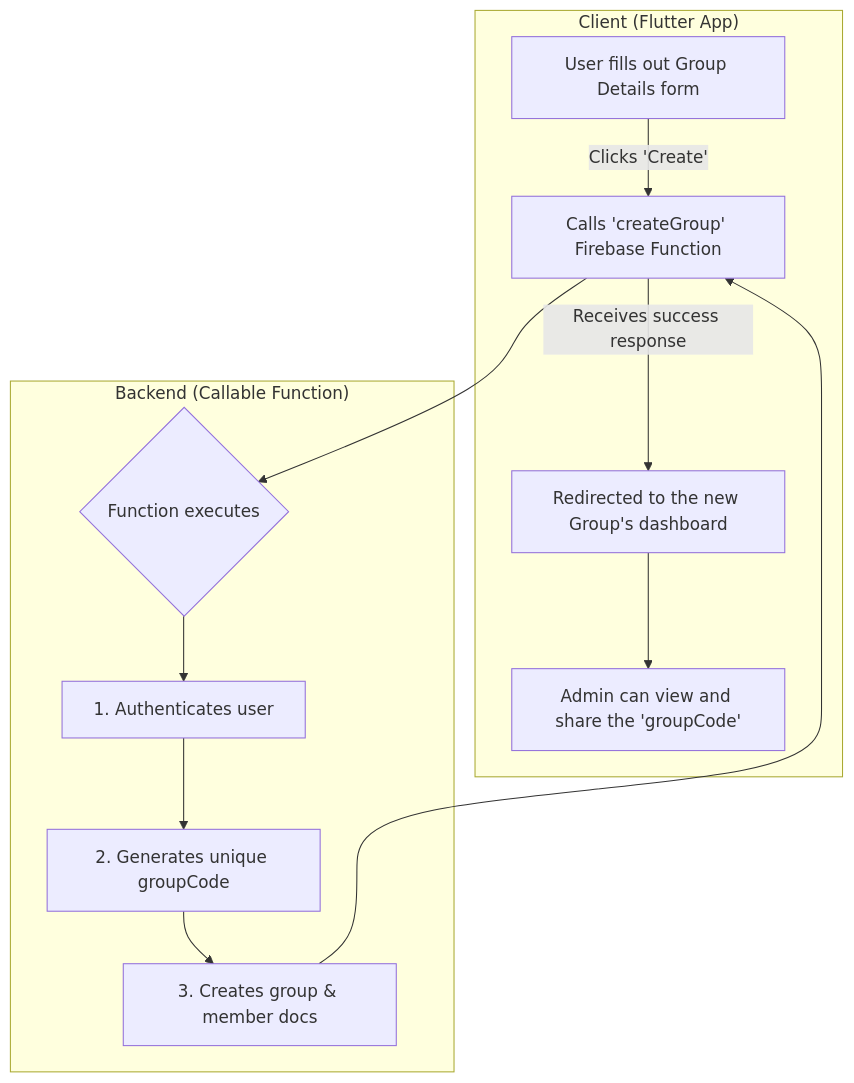
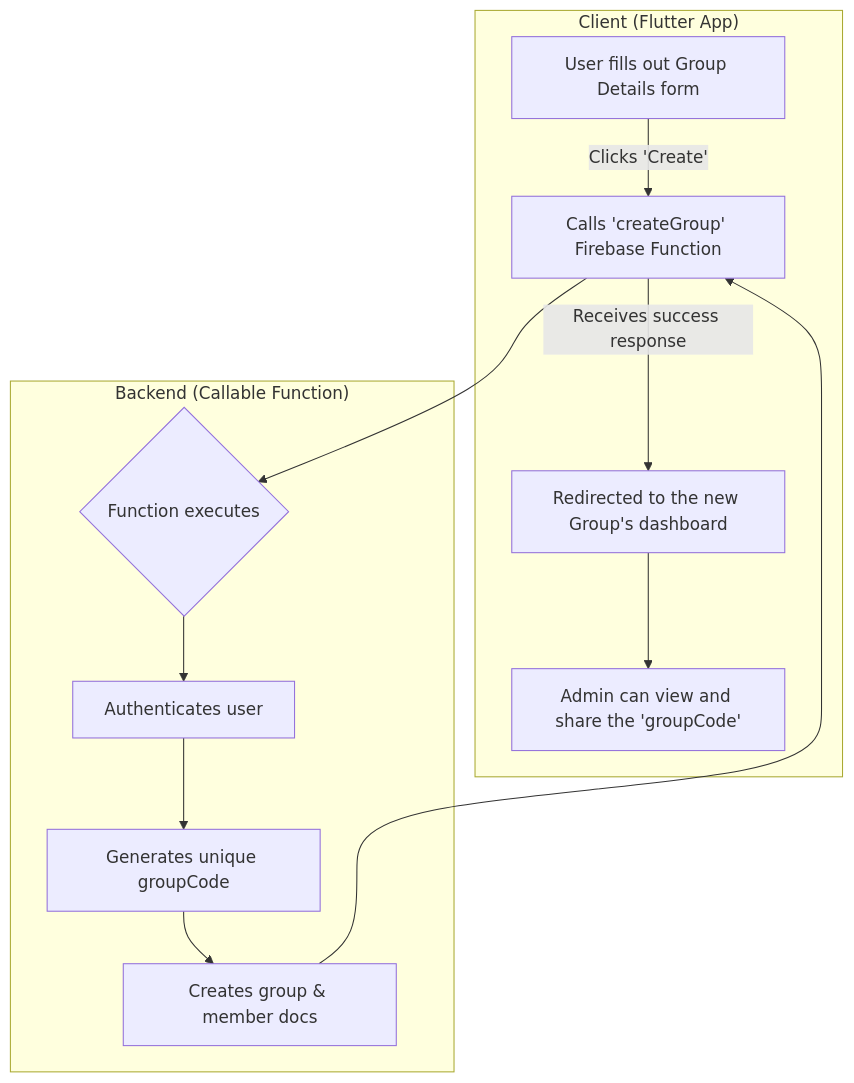
Before and after one commit to amitrke/getspot: the second of 5 diagrams in docs/USER_JOURNEYS.md, drawn with Mermaid.

Commit message:
Refactor flow diagram for group creation to improve clarity in backend function steps

````diff
--- a/docs/USER_JOURNEYS.md
+++ b/docs/USER_JOURNEYS.md
@@ -35,16 +35,16 @@
 ```mermaid
 graph TD
     subgraph "Client (Flutter App)"
         A[User fills out Group Details form] -- Clicks 'Create' --> B[Calls 'createGroup' Firebase Function];
         B -- Receives success response --> C[Redirected to the new Group's dashboard];
         C --> D[Admin can view and share the 'groupCode'];
     end
 
     subgraph "Backend (Callable Function)"
         B --> E{Function executes};
-        E --> F[1. Authenticates user];
-        F --> G[2. Generates unique groupCode];
-        G --> H[3. Creates group & member docs];
+        E --> F[Authenticates user];
+        F --> G[Generates unique groupCode];
+        G --> H[Creates group & member docs];
         H --> B;
     end
 ```
````
